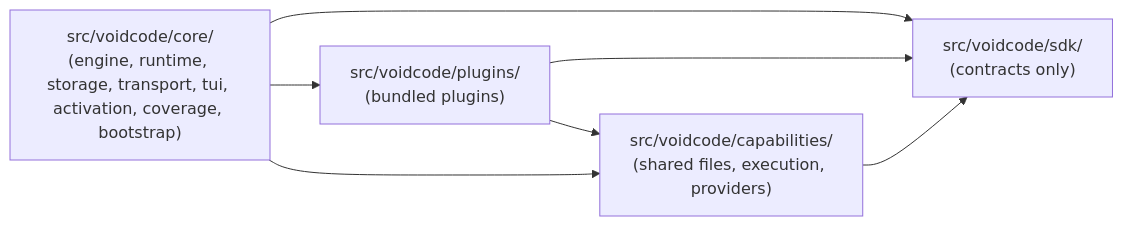
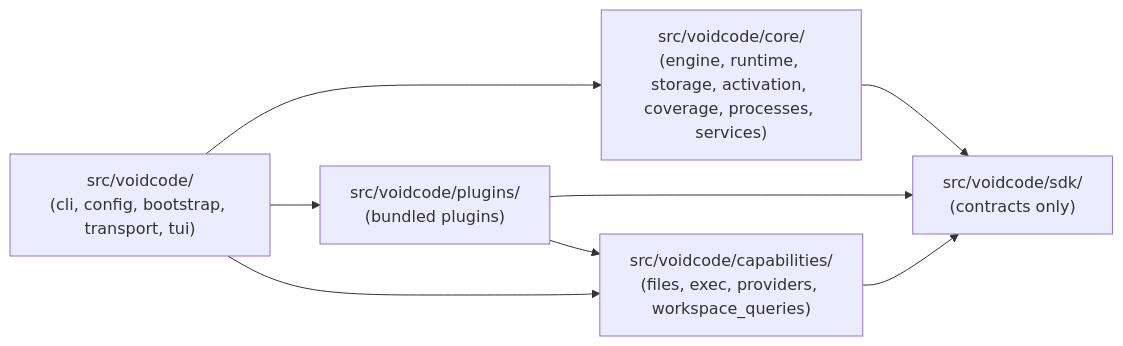
Before and after one commit to lei-jia-xing/voidcode: the diagram in AGENTS.md, drawn with Mermaid. The commit also changed other lines of this file and 237 other files, not shown here.

First line of the commit message:
refactor(core)!: cut over to minimal kernel with outer product layer

````diff
--- a/AGENTS.md
+++ b/AGENTS.md
@@ -9,14 +9,16 @@
 ```mermaid
 graph LR
     SDK["src/voidcode/sdk/<br/>(contracts only)"]
-    Core["src/voidcode/core/<br/>(engine, runtime, storage, transport, tui, activation, coverage, bootstrap)"]
+    Core["src/voidcode/core/<br/>(engine, runtime, storage, activation, coverage, processes, services)"]
+    Outer["src/voidcode/<br/>(cli, config, bootstrap, transport, tui)"]
     Plugins["src/voidcode/plugins/<br/>(bundled plugins)"]
-    Capabilities["src/voidcode/capabilities/<br/>(shared files, execution, providers)"]
+    Capabilities["src/voidcode/capabilities/<br/>(files, exec, providers, workspace_queries)"]
 
+    Outer --> Core
+    Outer --> Plugins
+    Outer --> Capabilities
     Core --> SDK
     Plugins --> SDK
-    Core --> Plugins
-    Core --> Capabilities
     Plugins --> Capabilities
     Capabilities --> SDK
 ```
````
